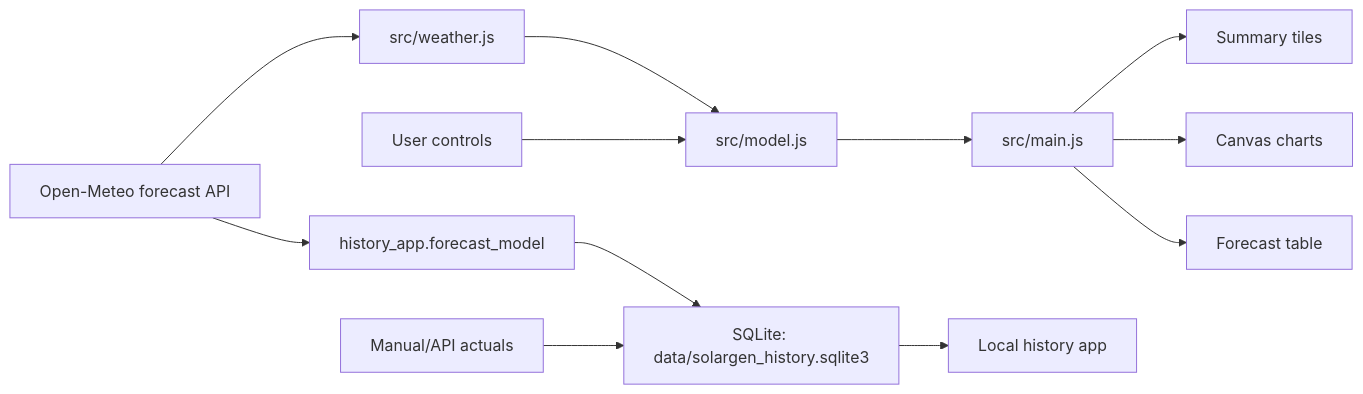
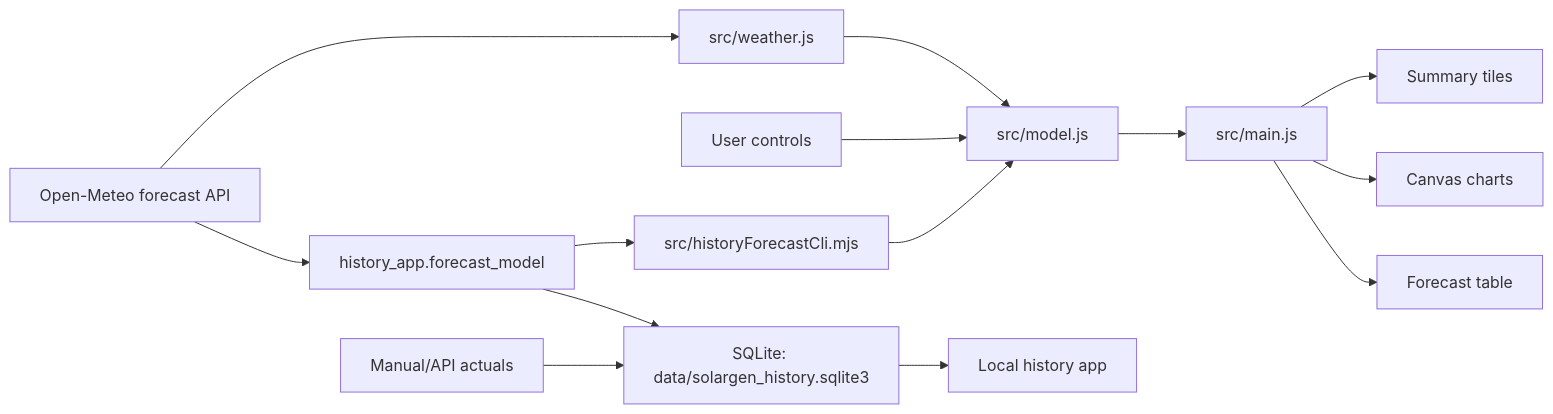
One commit to quantbj/SolarGen changed the diagram in docs/solution-architecture.md. Above: the diagram before and after it, drawn with Mermaid. The commit also changed other lines of this file and 10 other files, not shown here.

````diff
--- a/docs/solution-architecture.md
+++ b/docs/solution-architecture.md
@@ -7,14 +7,16 @@
 ```mermaid
 flowchart LR
   A["Open-Meteo forecast API"] --> B["src/weather.js"]
   B --> C["src/model.js"]
   D["User controls"] --> C
   C --> E["src/main.js"]
   E --> F["Summary tiles"]
   E --> G["Canvas charts"]
   E --> H["Forecast table"]
   A --> I["history_app.forecast_model"]
+  I --> M["src/historyForecastCli.mjs"]
+  M --> C
   I --> J["SQLite: data/solargen_history.sqlite3"]
   K["Manual/API actuals"] --> J
   J --> L["Local history app"]
 ```
````
